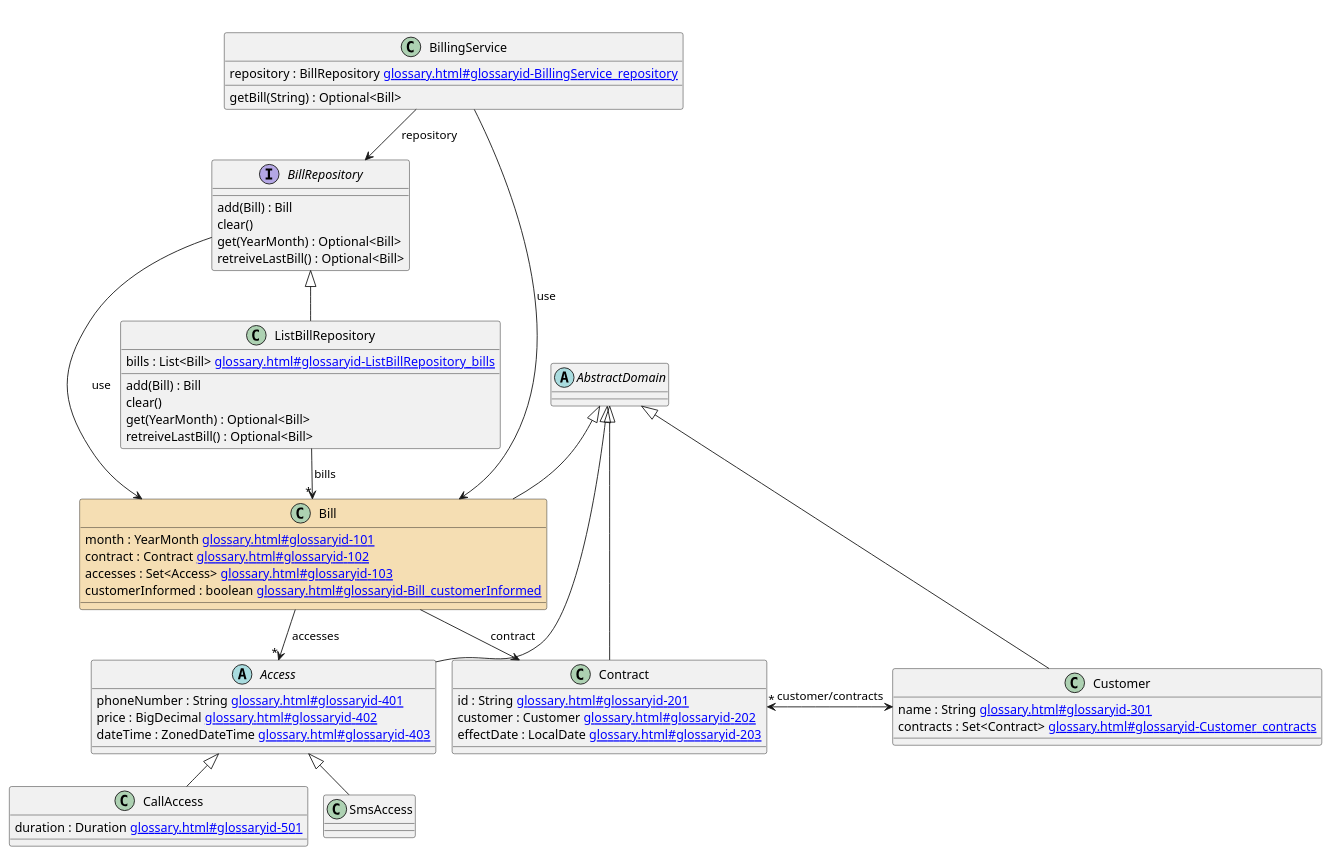
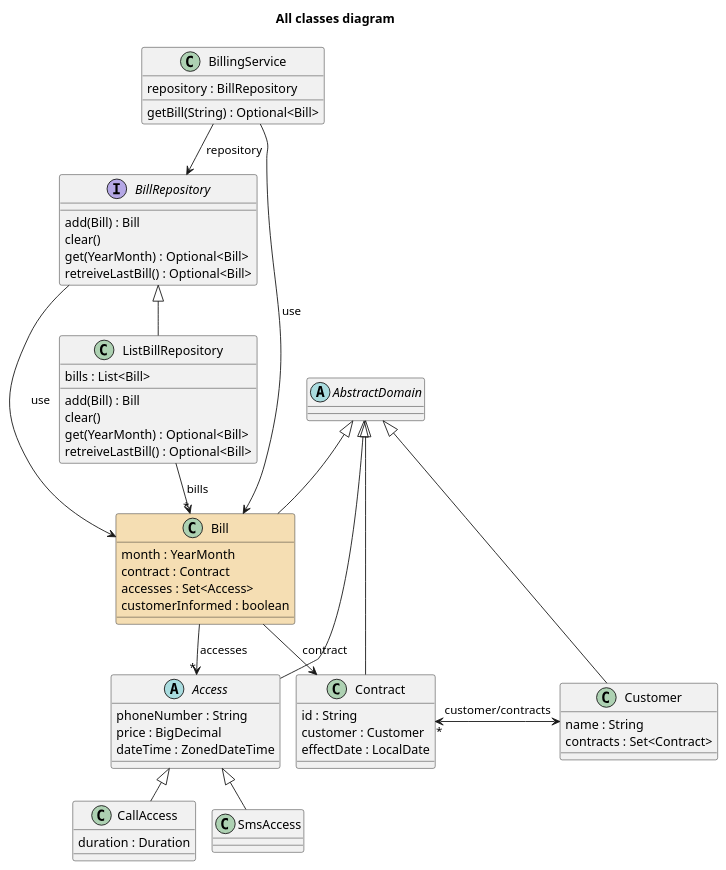
The diagram in livingdoc-maven-plugin/src/nonreg/example-java-x/src/test/resources/expected/diagram-all.adoc (jboz/living-documentation), drawn with PlantUML before and after one commit. The commit also changed 5 other files, not shown here.

```diff
--- a/livingdoc-maven-plugin/src/nonreg/example-java-x/src/test/resources/expected/diagram-all.adoc
+++ b/livingdoc-maven-plugin/src/nonreg/example-java-x/src/test/resources/expected/diagram-all.adoc
@@ -5,82 +5,77 @@
-[plantuml, diagram-all, format=png, opts=interactive]
+[plantuml, diagram-all, format=png]
 ----
 @startuml
 !pragma layout smetana
 
-header
 
-endheader
+title All classes diagram
 
 abstract class "AbstractDomain" [[glossary.html#glossaryid-AbstractDomain{AbstractDomain}]]
 
-abstract class "Access" [[glossary.html#glossaryid-400{Access}]] {
-  phoneNumber : String [[glossary.html#glossaryid-401{phoneNumber}]]
-  price : BigDecimal [[glossary.html#glossaryid-402{price}]]
-  dateTime : ZonedDateTime [[glossary.html#glossaryid-403{dateTime}]]
+abstract class "Access" [[glossary.html#glossaryid-400{400}]] {
+  phoneNumber : String [[[glossary.html#glossaryid-401{401}]]]
+  price : BigDecimal [[[glossary.html#glossaryid-402{402}]]]
+  dateTime : ZonedDateTime [[[glossary.html#glossaryid-403{403}]]]
 }
 
-class "Bill" [[glossary.html#glossaryid-100{Bill}]] #wheat {
-  month : YearMonth [[glossary.html#glossaryid-101{month}]]
-  contract : Contract [[glossary.html#glossaryid-102{contract}]]
-  accesses : Set<Access> [[glossary.html#glossaryid-103{accesses}]]
-  customerInformed : boolean [[glossary.html#glossaryid-Bill_customerInformed{customerInformed}]]
+class "Bill" [[glossary.html#glossaryid-100{100}]] #wheat {
+  month : YearMonth [[[glossary.html#glossaryid-101{101}]]]
+  contract : Contract [[[glossary.html#glossaryid-102{102}]]]
+  accesses : Set<Access> [[[glossary.html#glossaryid-103{103}]]]
+  customerInformed : boolean [[[glossary.html#glossaryid-Bill_customerInformed{Bill.customerInformed}]]]
 }
 
 interface "BillRepository" [[glossary.html#glossaryid-BillRepository{BillRepository}]] {
   add(Bill) : Bill
   clear()
   get(YearMonth) : Optional<Bill>
   retreiveLastBill() : Optional<Bill>
 }
 
 class "BillingService" [[glossary.html#glossaryid-BillingService{BillingService}]] {
-  repository : BillRepository [[glossary.html#glossaryid-BillingService_repository{repository}]]
+  repository : BillRepository [[[glossary.html#glossaryid-BillingService_repository{BillingService.repository}]]]
   getBill(String) : Optional<Bill>
 }
 
-class "CallAccess" [[glossary.html#glossaryid-500{CallAccess}]] {
-  duration : Duration [[glossary.html#glossaryid-501{duration}]]
+class "CallAccess" [[glossary.html#glossaryid-500{500}]] {
+  duration : Duration [[[glossary.html#glossaryid-501{501}]]]
 }
 
-class "Contract" [[glossary.html#glossaryid-200{Contract}]] {
-  id : String [[glossary.html#glossaryid-201{id}]]
-  customer : Customer [[glossary.html#glossaryid-202{customer}]]
-  effectDate : LocalDate [[glossary.html#glossaryid-203{effectDate}]]
+class "Contract" [[glossary.html#glossaryid-200{200}]] {
+  id : String [[[glossary.html#glossaryid-201{201}]]]
+  customer : Customer [[[glossary.html#glossaryid-202{202}]]]
+  effectDate : LocalDate [[[glossary.html#glossaryid-203{203}]]]
 }
 
-class "Customer" [[glossary.html#glossaryid-300{Customer}]] {
-  name : String [[glossary.html#glossaryid-301{name}]]
-  contracts : Set<Contract> [[glossary.html#glossaryid-Customer_contracts{contracts}]]
+class "Customer" [[glossary.html#glossaryid-300{300}]] {
+  name : String [[[glossary.html#glossaryid-301{301}]]]
+  contracts : Set<Contract> [[[glossary.html#glossaryid-Customer_contracts{Customer.contracts}]]]
 }
 
 class "ListBillRepository" [[glossary.html#glossaryid-ListBillRepository{ListBillRepository}]] {
-  bills : List<Bill> [[glossary.html#glossaryid-ListBillRepository_bills{bills}]]
+  bills : List<Bill> [[[glossary.html#glossaryid-ListBillRepository_bills{ListBillRepository.bills}]]]
   add(Bill) : Bill
   clear()
   get(YearMonth) : Optional<Bill>
   retreiveLastBill() : Optional<Bill>
 }
 
-class "SmsAccess" [[glossary.html#glossaryid-600{SmsAccess}]]
+class "SmsAccess" [[glossary.html#glossaryid-600{600}]]
 
 "AbstractDomain" <|-- "Access"
 "AbstractDomain" <|-- "Bill"
 "AbstractDomain" <|-- "Contract"
 "AbstractDomain" <|-- "Customer"
 "Access" <|-- "CallAccess"
 "Access" <|-- "SmsAccess"
 "Bill" --> "*" "Access" : accesses
 "Bill" --> "Contract" : contract
 "BillRepository" --> "Bill" : use
 "BillRepository" <|-- "ListBillRepository"
 "BillingService" --> "Bill" : use
 "BillingService" --> "BillRepository" : repository
 "Contract" "*" <-> "Customer" : customer/contracts
 "ListBillRepository" --> "*" "Bill" : bills
-footer
-
-endfooter
-
 
 @enduml
 ----
```
